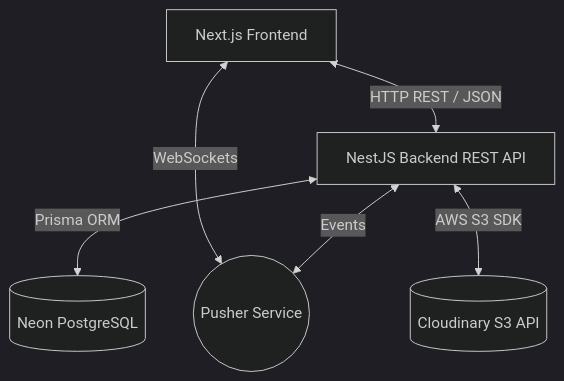
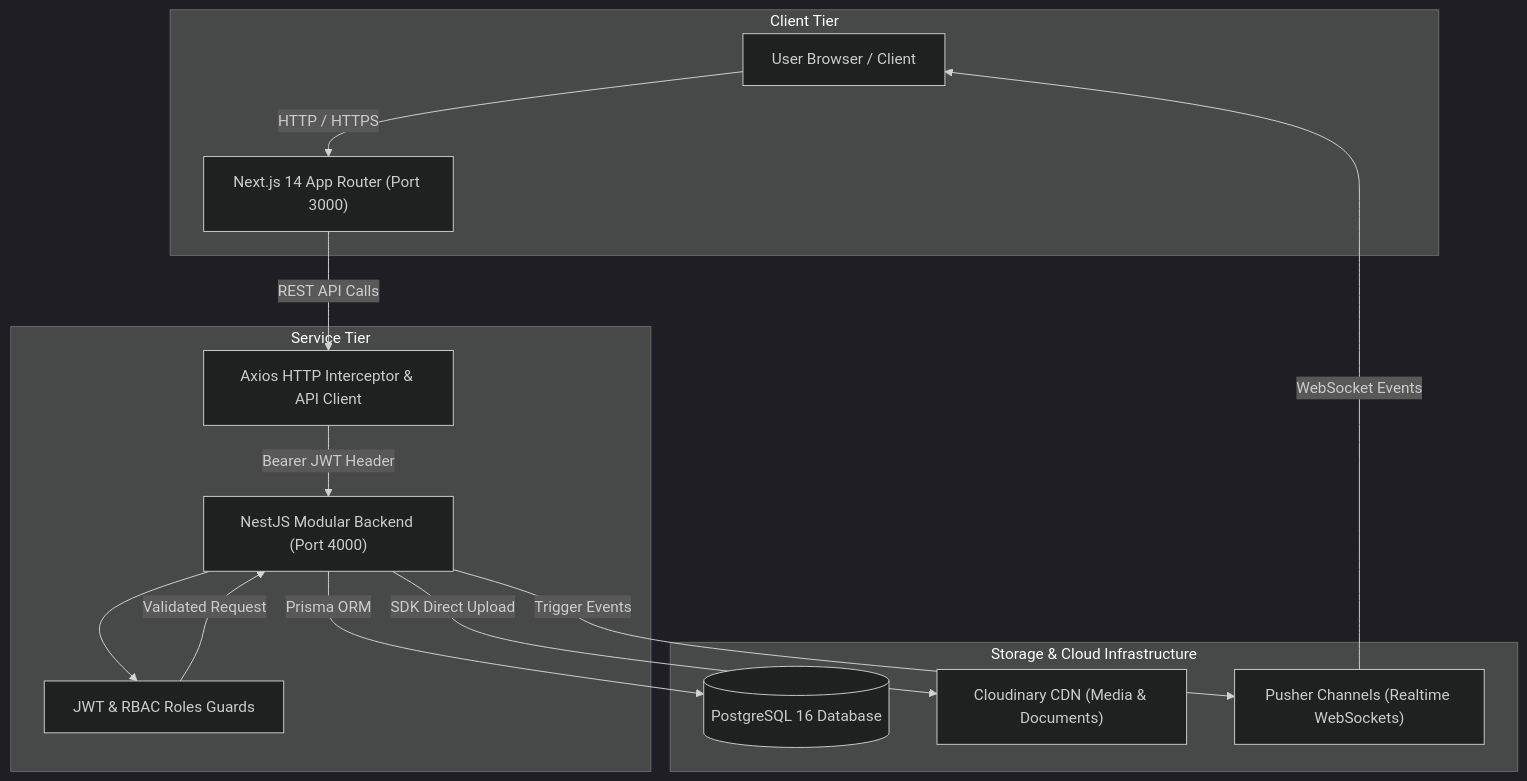
The first of 9 diagrams in ARCHITECTURE.md (Abda11a20/Sakani), drawn with Mermaid (dark theme) before and after one commit. The commit also changed other lines of this file and 94 other files, not shown here.

````diff
--- a/ARCHITECTURE.md
+++ b/ARCHITECTURE.md
@@ -11,8 +22,29 @@
 ```mermaid
-graph TD
-    Client[Next.js Frontend] <-->|HTTP REST / JSON| Server[NestJS Backend REST API]
-    Server <-->|Prisma ORM| Database[(Neon PostgreSQL)]
-    Client <-->|WebSockets| Pusher((Pusher Service))
-    Server <-->|Events| Pusher
-    Server <-->|AWS S3 SDK| Cloudinary[(Cloudinary S3 API)]
+graph TB
+    subgraph Client Tier
+        Browser["User Browser / Client"]
+        FE_App["Next.js 14 App Router (Port 3000)"]
+    end
+
+    subgraph Service Tier
+        API_GW["Axios HTTP Interceptor & API Client"]
+        BE_App["NestJS Modular Backend (Port 4000)"]
+        Guard["JWT & RBAC Roles Guards"]
+    end
+
+    subgraph Storage & Cloud Infrastructure
+        DB[("PostgreSQL 16 Database")]
+        Cloudinary["Cloudinary CDN (Media & Documents)"]
+        Pusher["Pusher Channels (Realtime WebSockets)"]
+    end
+
+    Browser -->|HTTP / HTTPS| FE_App
+    FE_App -->|REST API Calls| API_GW
+    API_GW -->|Bearer JWT Header| BE_App
+    BE_App --> Guard
+    Guard -->|Validated Request| BE_App
+    BE_App -->|Prisma ORM| DB
+    BE_App -->|SDK Direct Upload| Cloudinary
+    BE_App -->|Trigger Events| Pusher
+    Pusher -->|WebSocket Events| Browser
 ```
````
